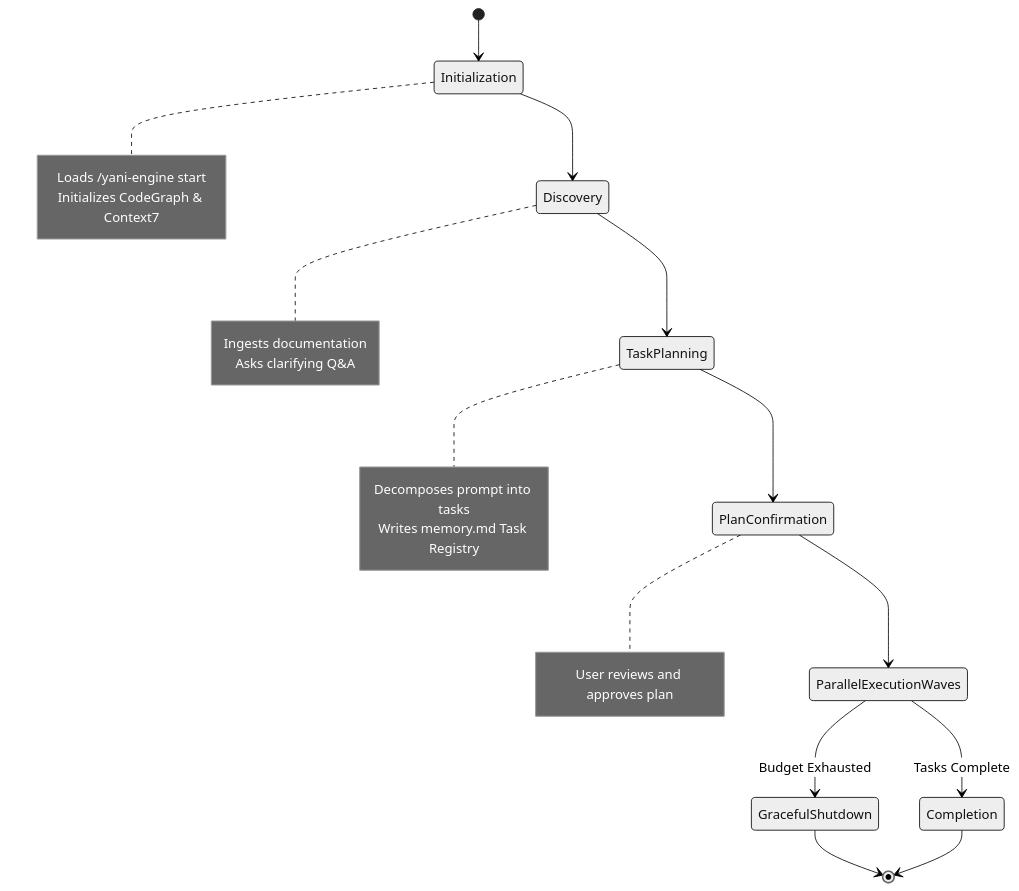
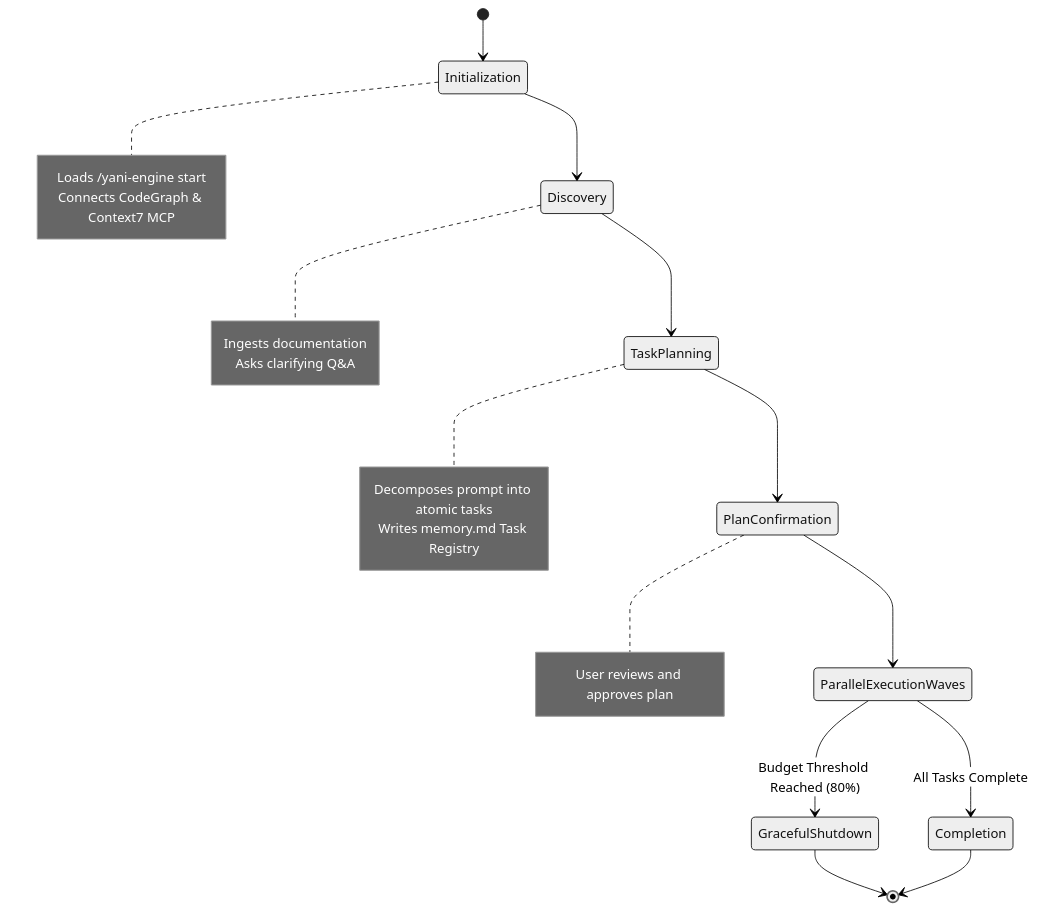
The third of 6 diagrams in docs/05-architecture.md (emmanuelol/yani-engine), drawn with Mermaid (neutral theme) before and after one commit. The commit also changed other lines of this file and 3 other files, not shown here.

Commit message:
docs: Enrich CodeGraph section, update Mermaid diagrams, and align architecture specs

````diff
--- a/docs/05-architecture.md
+++ b/docs/05-architecture.md
@@ -42,33 +51,33 @@
 ```mermaid
 stateDiagram-v2
     [*] --> Initialization
     
     Initialization --> Discovery
     note right of Initialization
         Loads /yani-engine start
-        Initializes CodeGraph & Context7
+        Connects CodeGraph & Context7 MCP
     end note
     
     Discovery --> TaskPlanning
     note right of Discovery
         Ingests documentation
         Asks clarifying Q&A
     end note
     
     TaskPlanning --> PlanConfirmation
     note right of TaskPlanning
-        Decomposes prompt into tasks
+        Decomposes prompt into atomic tasks
         Writes memory.md Task Registry
     end note
     
     PlanConfirmation --> ParallelExecutionWaves
     note right of PlanConfirmation
         User reviews and approves plan
     end note
     
-    ParallelExecutionWaves --> GracefulShutdown : Budget Exhausted
-    ParallelExecutionWaves --> Completion : Tasks Complete
+    ParallelExecutionWaves --> GracefulShutdown : Budget Threshold Reached (80%)
+    ParallelExecutionWaves --> Completion : All Tasks Complete
     
     GracefulShutdown --> [*]
     Completion --> [*]
 ```
````
